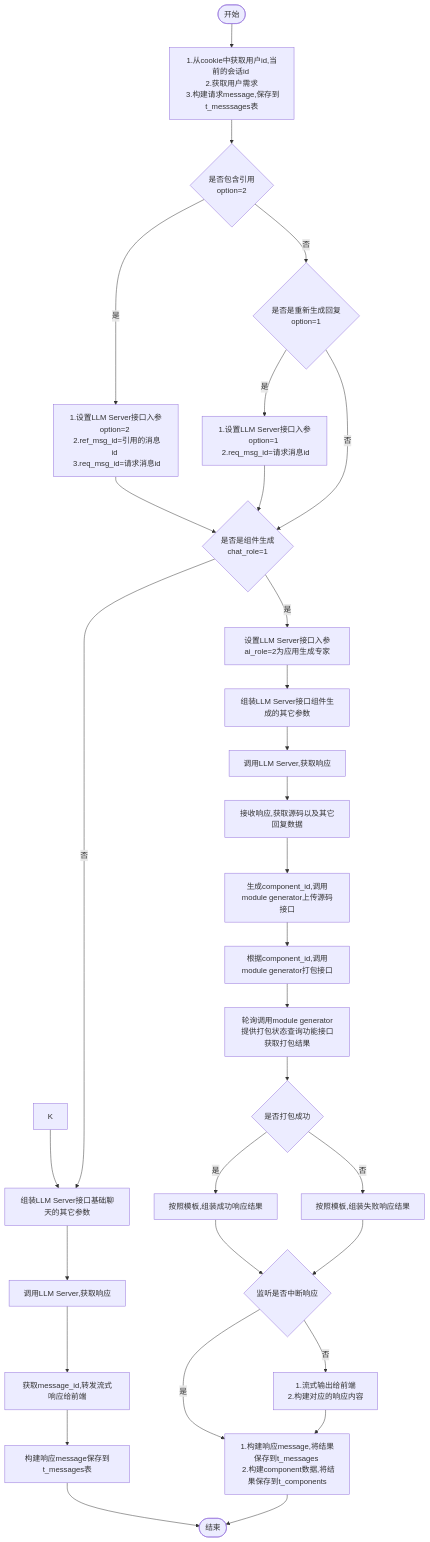
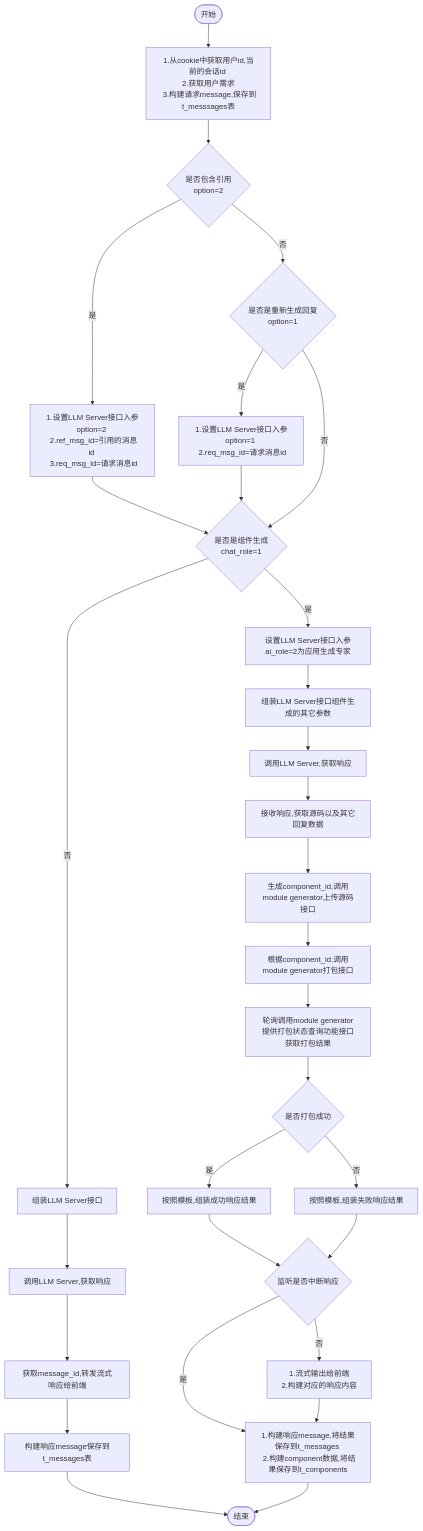
Before and after one commit to yingjianzh/iodraw-files: the diagram in all/未命名-8.md, drawn with Mermaid.

Commit message:
2024-10-16 09:16:51 update

````diff
--- a/all/未命名-8.md
+++ b/all/未命名-8.md
@@ -1,37 +1,36 @@
 ```mermaid
 flowchart TD
     A([开始]) --> B[1.从cookie中获取用户id,当前的会话id \n 2.获取用户需求 \n 3.构建请求message,保存到t_messsages表]
     B--> D{是否包含引用 \n option=2}
     D -- 是 --> E[1.设置LLM Server接口入参option=2 \n 2.ref_msg_id=引用的消息id \n 3.req_msg_id=请求消息id]
     D -- 否 --> F{是否是重新生成回复\n option=1}
     F -- 是 --> G[1.设置LLM Server接口入参option=1 \n 2.req_msg_id=请求消息id]
     F -- 否 --> I
      
     E & G --> I{是否是组件生成 \n chat_role=1}
-    I -- 否 --> M[组装LLM Server接口基础聊天的其它参数] 
+    I -- 否 --> M[组装LLM Server接口] 
     I -- 是 --> J[设置LLM Server接口入参ai_role=2为应用生成专家]
     
 
     J --> L[组装LLM Server接口组件生成的其它参数]    
-    K --> M   
     M --> N[调用LLM Server,获取响应]    
     N --> O[获取message_id,转发流式响应给前端]
     O --> P[构建响应message保存到t_messages表]
     P --> R([结束])
 
 
     L --> S[调用LLM Server,获取响应]
     S --> T[接收响应,获取源码以及其它回复数据]
     T --> U[生成component_id,调用module generator上传源码接口]
     U --> V[根据component_id,调用module generator打包接口]
     V --> W[轮询调用module generator提供打包状态查询功能接口获取打包结果]
     W --> X{是否打包成功}
     X -- 是 --> Y[按照模板,组装成功响应结果]
     X -- 否 --> Z[按照模板,组装失败响应结果]
     Y & Z --> Done{监听是否中断响应}
     Done -- 是 --> Result
     Done -- 否 --> OutPut[1.流式输出给前端 \n 2.构建对应的响应内容]
 
     OutPut --> Result[1.构建响应message,将结果保存到t_messages \n 2.构建component数据,将结果保存到t_components]
     Result --> R
 ```
````
